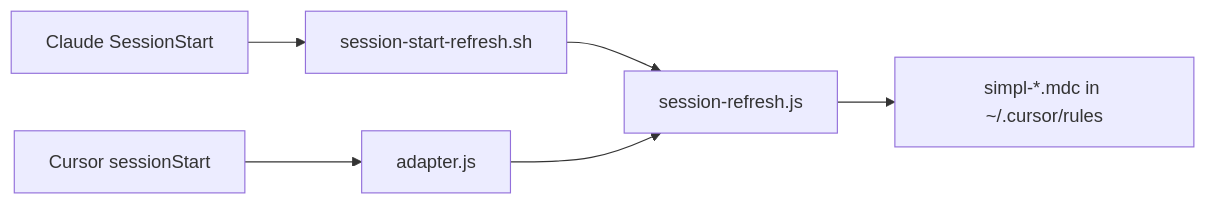
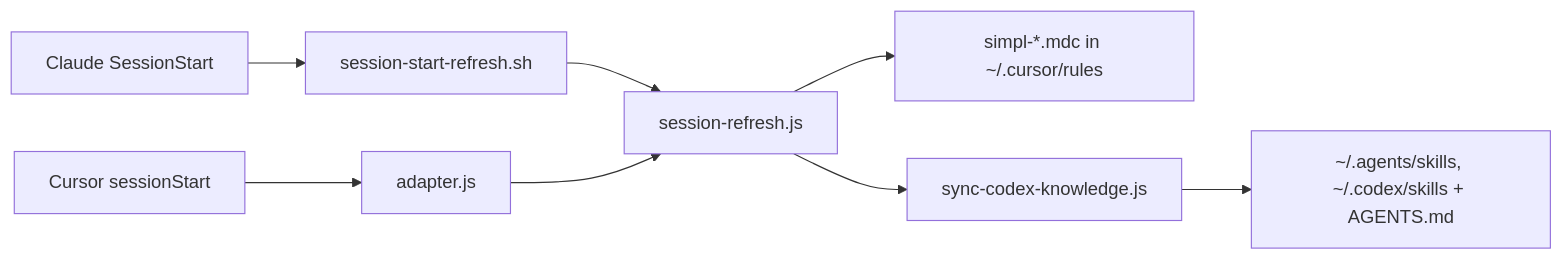
Before and after one commit to simpl-techs/simpl_knowledge: the second of 2 diagrams in docs/human/ARCHITECTURE.md, drawn with Mermaid. The commit also changed other lines of this file and 16 other files, not shown here.

Commit message:
roi financial, challenge fixed and knowledge updated to work also on codex

````diff
--- a/docs/human/ARCHITECTURE.md
+++ b/docs/human/ARCHITECTURE.md
@@ -88,8 +90,10 @@
 ```mermaid
 flowchart LR
   cc[Claude SessionStart] --> shim[session-start-refresh.sh]
   cur[Cursor sessionStart] --> ad[adapter.js]
   shim --> sr[session-refresh.js]
   ad --> sr
   sr --> rules["simpl-*.mdc in ~/.cursor/rules"]
+  sr --> codex["sync-codex-knowledge.js"]
+  codex --> skills["~/.agents/skills, ~/.codex/skills + AGENTS.md"]
 ```
````
